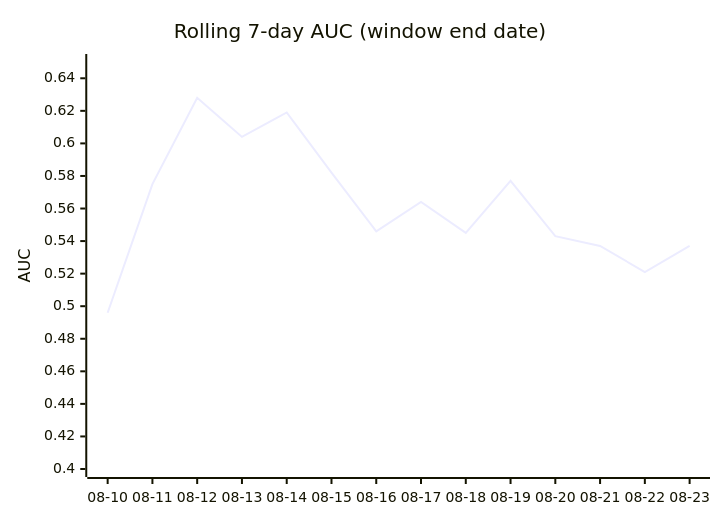
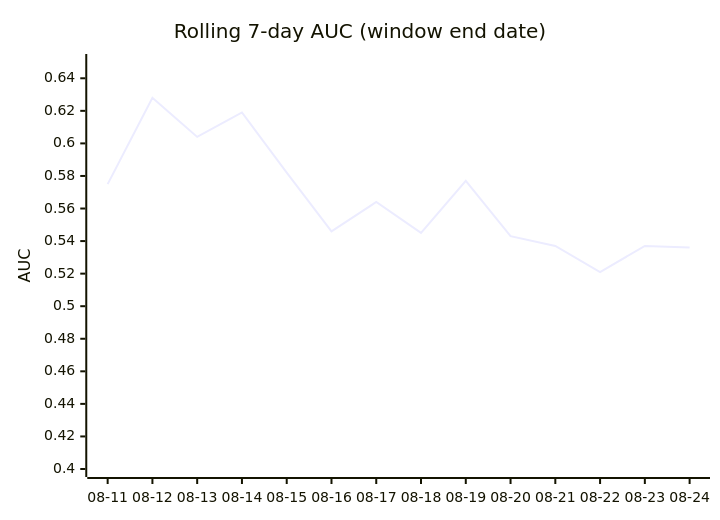
The third of 4 diagrams in DAILY_AGSU_REPORT.md (dpk1212/nhl-savant), drawn with Mermaid before and after one commit. The commit also changed other lines of this file, not shown here.

````diff
--- a/DAILY_AGSU_REPORT.md
+++ b/DAILY_AGSU_REPORT.md
@@ -837,7 +840,7 @@
 ```mermaid
 xychart-beta
     title "Rolling 7-day AUC (window end date)"
-    x-axis ["08-10", "08-11", "08-12", "08-13", "08-14", "08-15", "08-16", "08-17", "08-18", "08-19", "08-20", "08-21", "08-22", "08-23"]
+    x-axis ["08-11", "08-12", "08-13", "08-14", "08-15", "08-16", "08-17", "08-18", "08-19", "08-20", "08-21", "08-22", "08-23", "08-24"]
     y-axis "AUC" 0.4 --> 0.65
-    line [0.496, 0.575, 0.628, 0.604, 0.619, 0.582, 0.546, 0.564, 0.545, 0.577, 0.543, 0.537, 0.521, 0.537]
+    line [0.575, 0.628, 0.604, 0.619, 0.582, 0.546, 0.564, 0.545, 0.577, 0.543, 0.537, 0.521, 0.537, 0.536]
 ```
````
